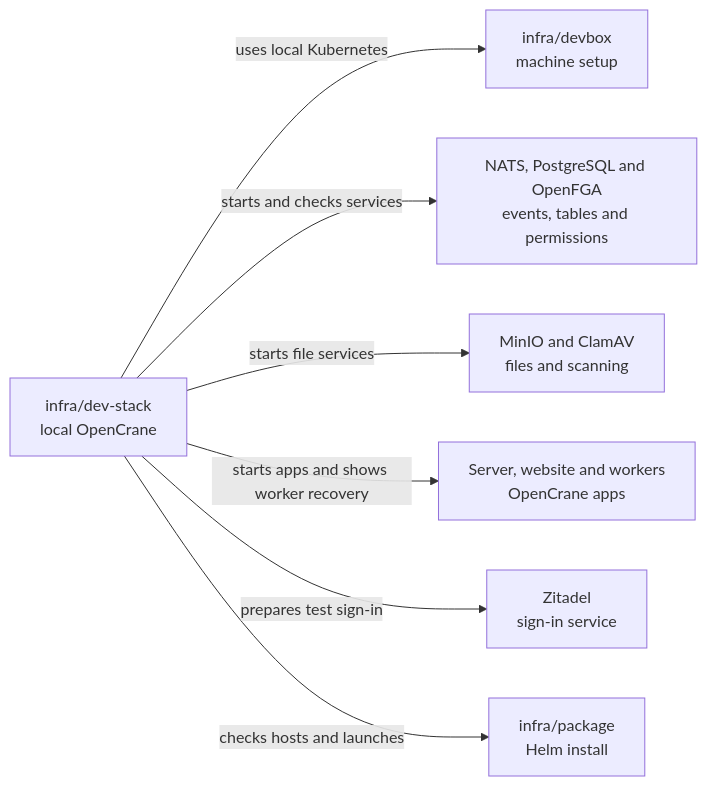
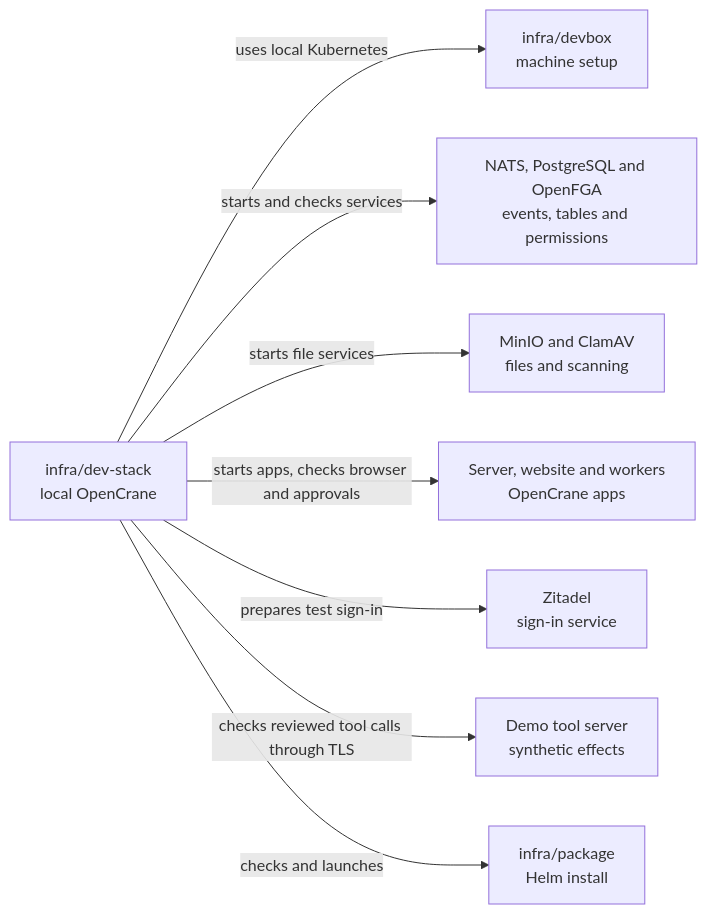
The diagram in infra/dev-stack/README.md (elewa-git/opencrane-new), drawn with Mermaid before and after one commit. The commit also changed other lines of this file and 105 other files, not shown here.

````diff
--- a/infra/dev-stack/README.md
+++ b/infra/dev-stack/README.md
@@ -17,9 +23,10 @@
 ```mermaid
 flowchart LR
   stack["infra/dev-stack<br/>local OpenCrane"] -->|uses local Kubernetes| devbox["infra/devbox<br/>machine setup"]
   stack -->|starts and checks services| services["NATS, PostgreSQL and OpenFGA<br/>events, tables and permissions"]
   stack -->|starts file services| files["MinIO and ClamAV<br/>files and scanning"]
-  stack -->|starts apps and shows worker recovery| apps["Server, website and workers<br/>OpenCrane apps"]
+  stack -->|starts apps, checks browser and approvals| apps["Server, website and workers<br/>OpenCrane apps"]
   stack -->|prepares test sign-in| zitadel["Zitadel<br/>sign-in service"]
-  stack -->|checks hosts and launches| package["infra/package<br/>Helm install"]
+  stack -->|checks reviewed tool calls through TLS| demo["Demo tool server<br/>synthetic effects"]
+  stack -->|checks and launches| package["infra/package<br/>Helm install"]
 ```
````
